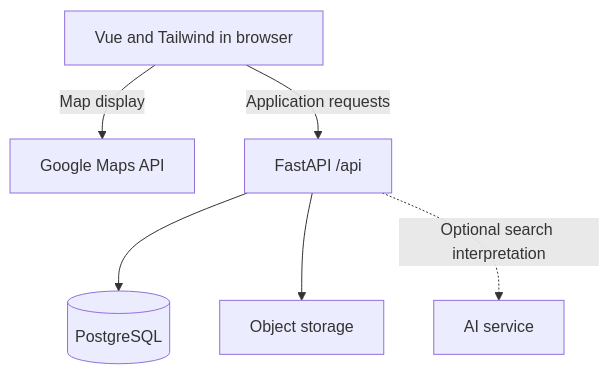
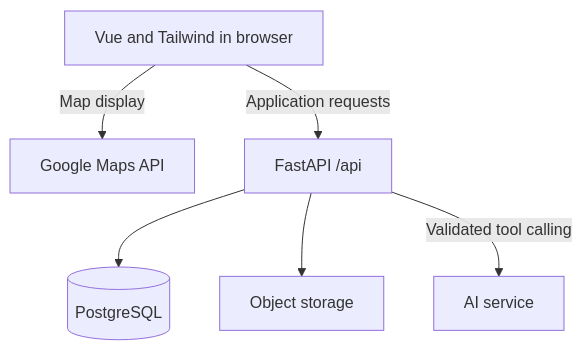
Before and after one commit to NotHriz/CodeDojo-Hackaton: the diagram in onboarding.md, drawn with Mermaid. The commit also changed other lines of this file and 1 other file, not shown here.

Commit message:
docs: add campus AI assistant scope and architecture

````diff
--- a/onboarding.md
+++ b/onboarding.md
@@ -43,8 +44,8 @@
 ```mermaid
 flowchart TD
     Vue[Vue and Tailwind in browser] -->|Map display| Maps[Google Maps API]
     Vue -->|Application requests| API[FastAPI /api]
     API --> DB[(PostgreSQL)]
     API --> Photos[Object storage]
-    API -. Optional search interpretation .-> AI[AI service]
+    API -->|Validated tool calling| AI[AI service]
 ```
````
